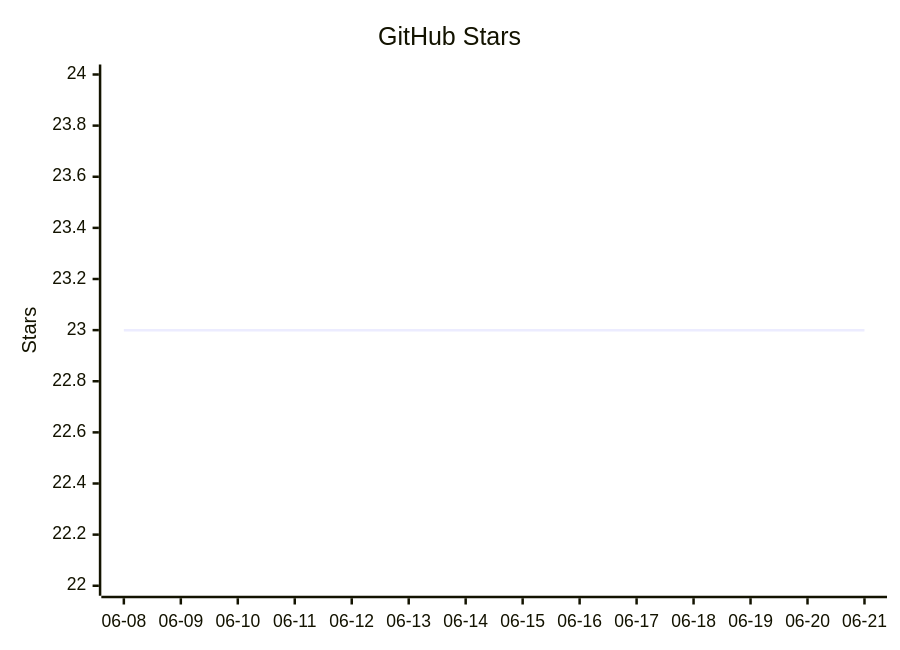
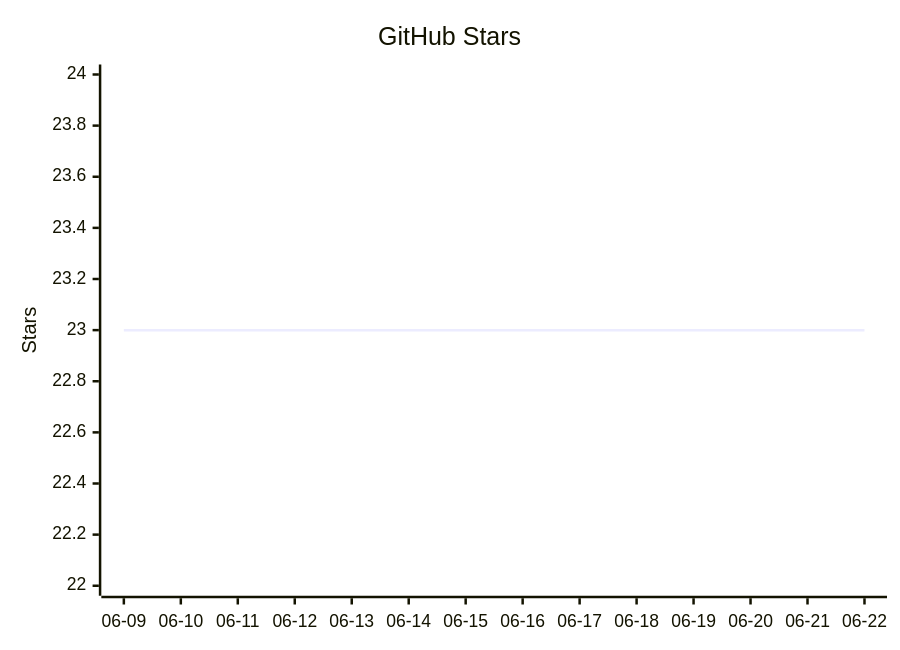
The diagram in README.mbt.md (vectie/moonclaw), drawn with Mermaid before and after one commit. The commit also changed other lines of this file and 1 other file, not shown here.

Commit message:
Update README star growth

````diff
--- a/README.mbt.md
+++ b/README.mbt.md
@@ -614,7 +614,7 @@
 ```mermaid
 xychart-beta
     title "GitHub Stars"
-    x-axis ["06-08","06-09","06-10","06-11","06-12","06-13","06-14","06-15","06-16","06-17","06-18","06-19","06-20","06-21"]
+    x-axis ["06-09","06-10","06-11","06-12","06-13","06-14","06-15","06-16","06-17","06-18","06-19","06-20","06-21","06-22"]
     y-axis "Stars" 22 --> 24
     line [23,23,23,23,23,23,23,23,23,23,23,23,23,23]
 ```
````
